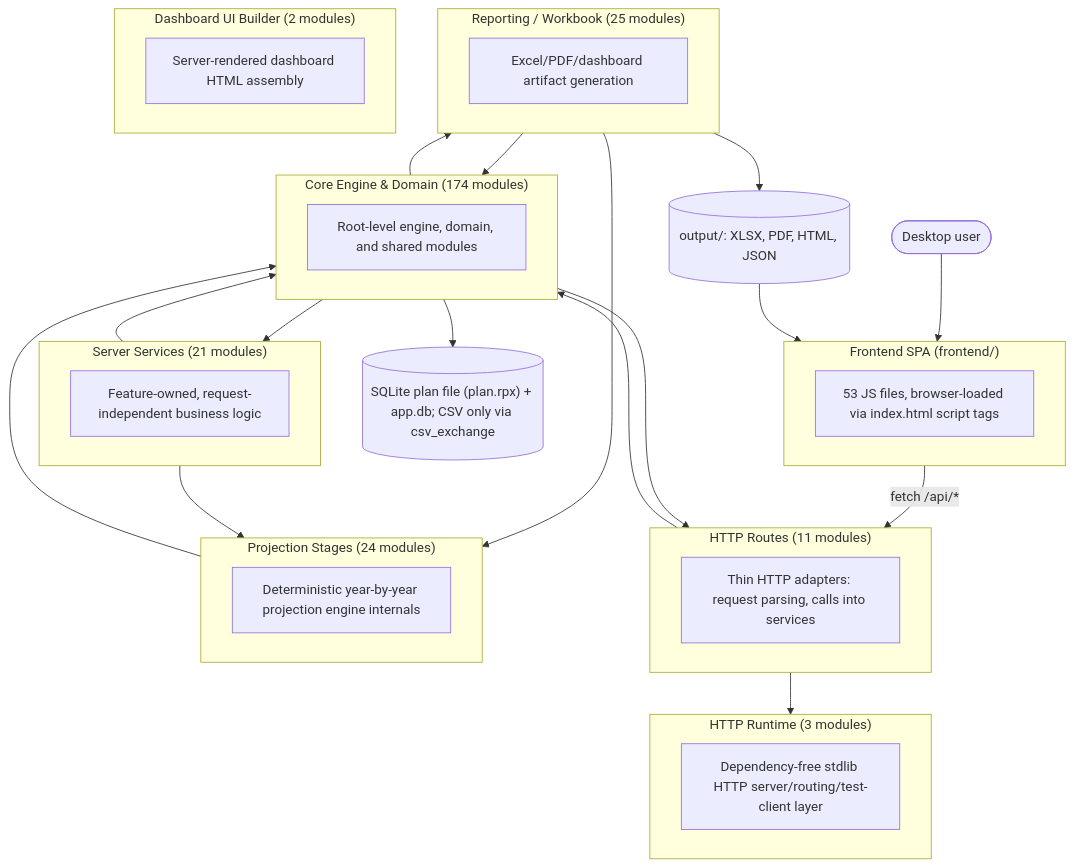
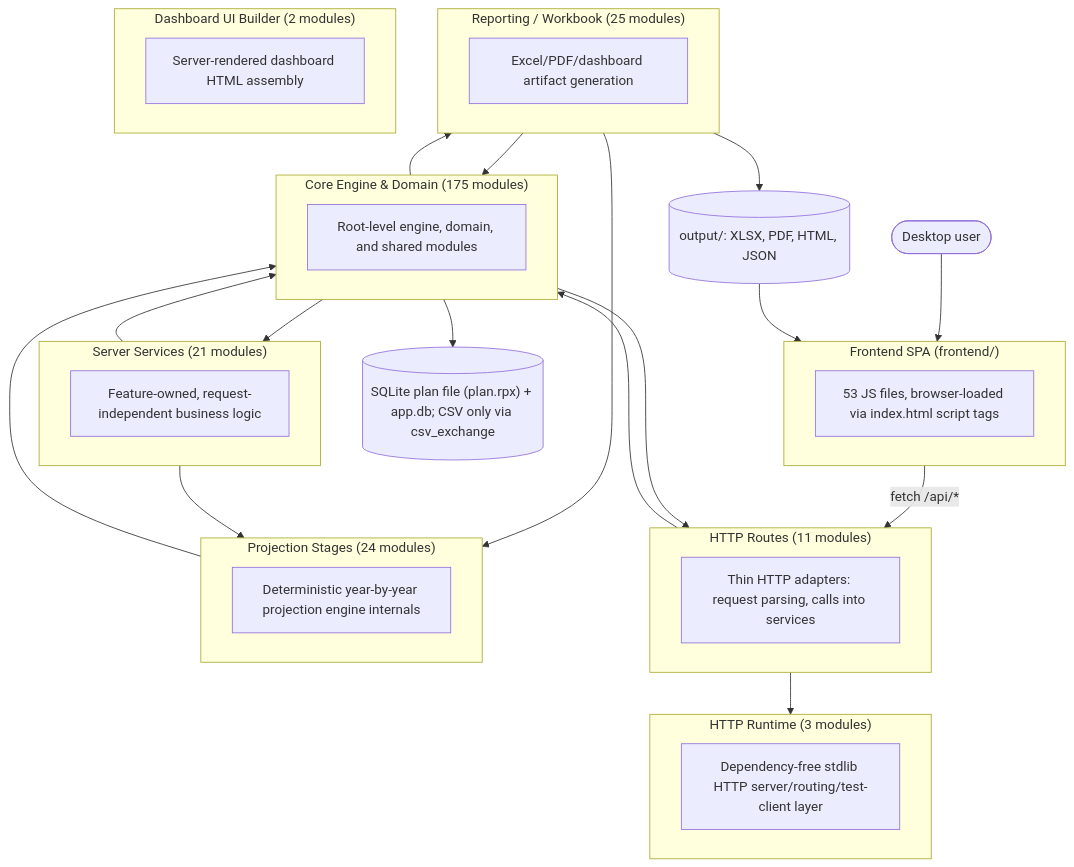
Before and after one commit to matthartzman/retirement_system: the first of 2 diagrams in documentation/reference/SYSTEM_ARCHITECTURE_DIAGRAM.md, drawn with Mermaid. The commit also changed other lines of this file and 2 other files, not shown here.

Commit message:
Follow-ups: rename engine-convention test, raise JS line ceiling, refresh architecture diagram

````diff
--- a/documentation/reference/SYSTEM_ARCHITECTURE_DIAGRAM.md
+++ b/documentation/reference/SYSTEM_ARCHITECTURE_DIAGRAM.md
@@ -11,42 +11,42 @@
 ```mermaid
 flowchart TB
     User(["Desktop user"]) --> FE
     subgraph FE["Frontend SPA (frontend/)"]
         FEcount["53 JS files, browser-loaded via index.html script tags"]
     end
     FE -->|fetch /api/*| L_HTTP_Routes
     subgraph L_HTTP_Routes["HTTP Routes (11 modules)"]
         L_HTTP_Routes_d["Thin HTTP adapters: request parsing, calls into services"]
     end
     subgraph L_Server_Services["Server Services (21 modules)"]
         L_Server_Services_d["Feature-owned, request-independent business logic"]
     end
     subgraph L_HTTP_Runtime["HTTP Runtime (3 modules)"]
         L_HTTP_Runtime_d["Dependency-free stdlib HTTP server/routing/test-client layer"]
     end
-    subgraph L_Core_Engine___Domain["Core Engine & Domain (174 modules)"]
+    subgraph L_Core_Engine___Domain["Core Engine & Domain (175 modules)"]
         L_Core_Engine___Domain_d["Root-level engine, domain, and shared modules"]
     end
     subgraph L_Projection_Stages["Projection Stages (24 modules)"]
         L_Projection_Stages_d["Deterministic year-by-year projection engine internals"]
     end
     subgraph L_Reporting___Workbook["Reporting / Workbook (25 modules)"]
         L_Reporting___Workbook_d["Excel/PDF/dashboard artifact generation"]
     end
     subgraph L_Dashboard_UI_Builder["Dashboard UI Builder (2 modules)"]
         L_Dashboard_UI_Builder_d["Server-rendered dashboard HTML assembly"]
     end
     L_Core_Engine___Domain --> L_HTTP_Routes
     L_Core_Engine___Domain --> L_Reporting___Workbook
     L_Core_Engine___Domain --> L_Server_Services
     L_HTTP_Routes --> L_Core_Engine___Domain
     L_HTTP_Routes --> L_HTTP_Runtime
     L_Projection_Stages --> L_Core_Engine___Domain
     L_Reporting___Workbook --> L_Core_Engine___Domain
     L_Reporting___Workbook --> L_Projection_Stages
     L_Server_Services --> L_Core_Engine___Domain
     L_Server_Services --> L_Projection_Stages
     L_Core_Engine___Domain --> DB[("SQLite plan file (plan.rpx) + app.db; CSV only via csv_exchange")]
     L_Reporting___Workbook --> Outputs[("output/: XLSX, PDF, HTML, JSON")]
     Outputs --> FE
 ```
````
